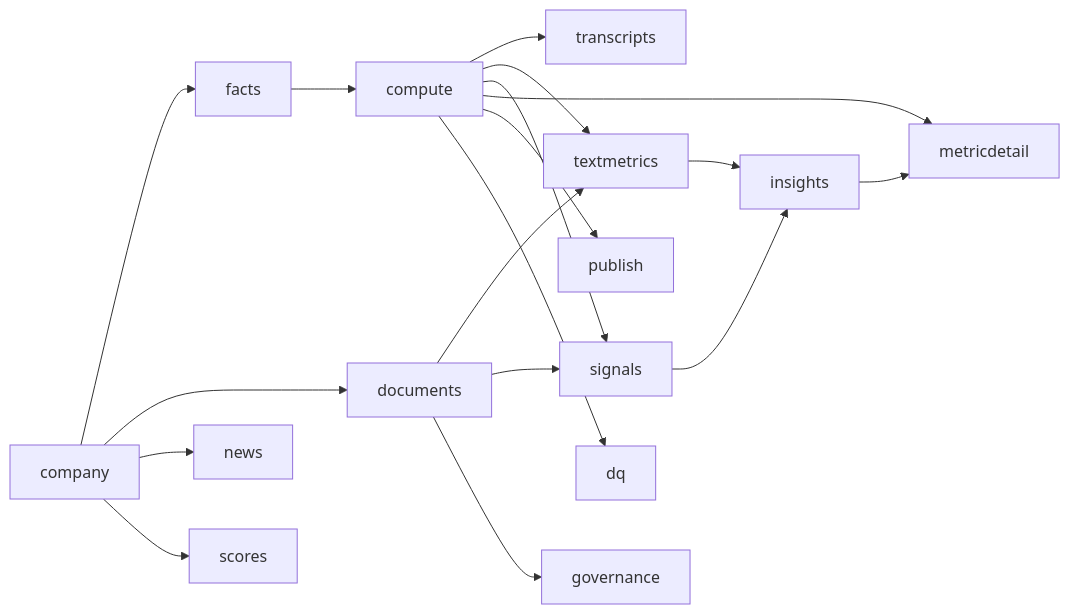
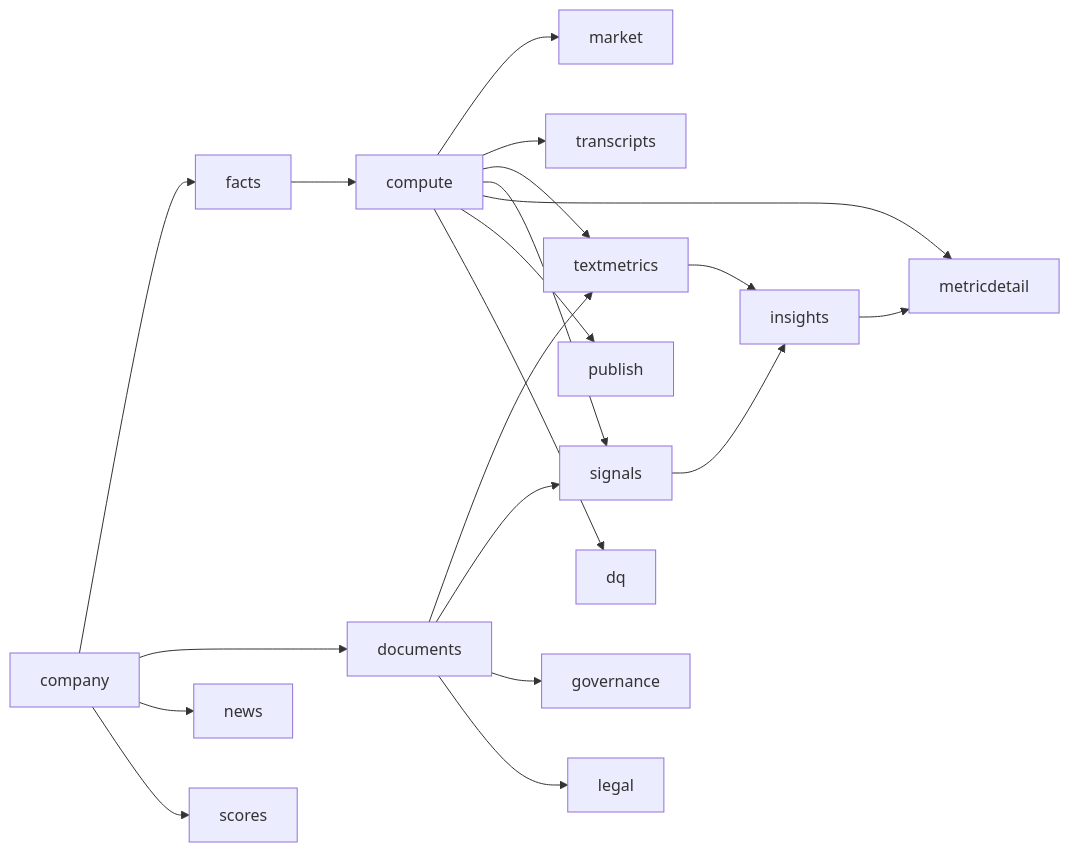
The second of 2 diagrams in docs/TECHNICAL.md (jiehuan/prof360), drawn with Mermaid before and after one commit. The commit also changed other lines of this file and 88 other files, not shown here.

````diff
--- a/docs/TECHNICAL.md
+++ b/docs/TECHNICAL.md
@@ -72,19 +72,21 @@
 ```mermaid
 flowchart LR
   company --> facts --> compute
+  compute --> market
   company --> documents
   company --> news
   company --> scores
   compute --> transcripts
   compute --> textmetrics
   documents --> textmetrics
   compute --> signals
   documents --> signals
   documents --> governance
+  documents --> legal
   signals --> insights
   textmetrics --> insights
   insights --> metricdetail
   compute --> metricdetail
   compute --> publish
   compute --> dq
 ```
````
